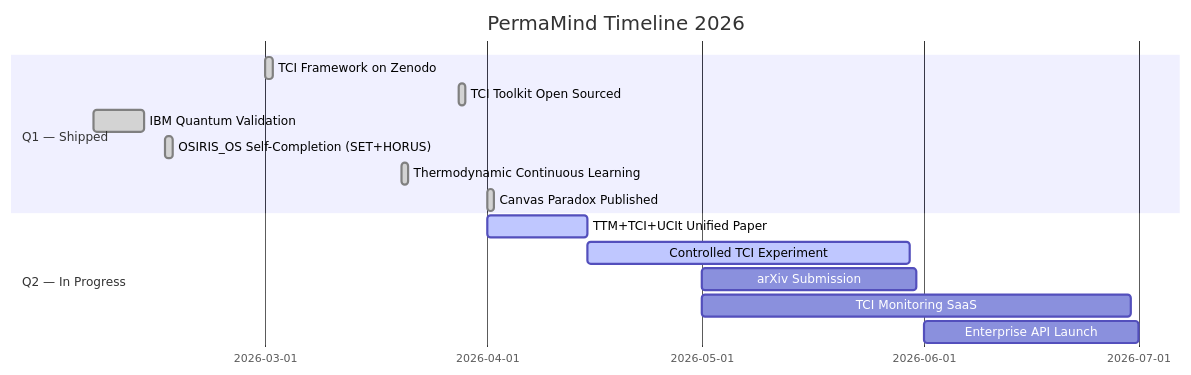
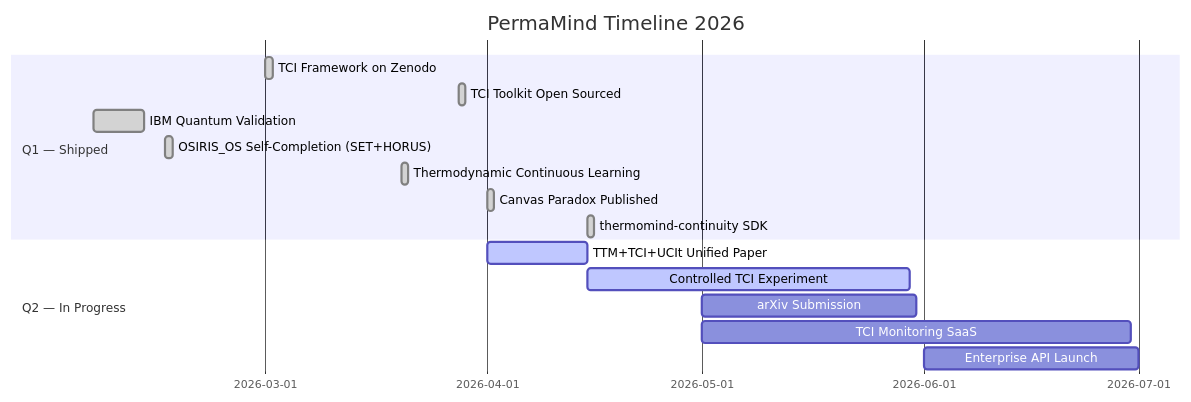
Before and after one commit to hustle-rent-due/hustle-rent-due: the second of 2 diagrams in README.md, drawn with Mermaid. The commit also changed other lines of this file, not shown here.

````diff
--- a/README.md
+++ b/README.md
@@ -326,19 +428,19 @@
 ```mermaid
 gantt
     title PermaMind Timeline 2026
     dateFormat YYYY-MM-DD
     section Q1 — Shipped
     TCI Framework on Zenodo           :done, 2026-03-01, 1d
     TCI Toolkit Open Sourced          :done, 2026-03-28, 1d
     IBM Quantum Validation            :done, 2026-02-05, 7d
     OSIRIS_OS Self-Completion (SET+HORUS) :done, 2026-02-15, 1d
     Thermodynamic Continuous Learning :done, 2026-03-20, 1d
     Canvas Paradox Published          :done, 2026-04-01, 1d
+    thermomind-continuity SDK         :done, 2026-04-15, 1d
     section Q2 — In Progress
     TTM+TCI+UCIt Unified Paper        :active, 2026-04-01, 14d
     Controlled TCI Experiment         :active, 2026-04-15, 45d
     arXiv Submission                  :2026-05-01, 30d
     TCI Monitoring SaaS               :2026-05-01, 60d
     Enterprise API Launch             :2026-06-01, 30d
-
 ```
````
